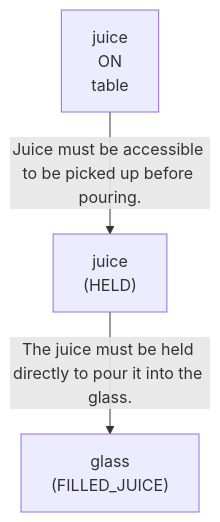
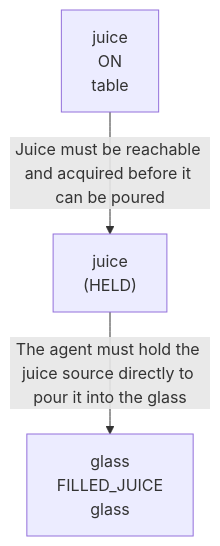
One commit to scuama/virtualhome changed the first of 4 diagrams in evaluation/results/table3/robostate/runs/without_intention/G4_20/run_T3_without_intention_G4_20.md. Above: the diagram before and after it, drawn with Mermaid. The commit also changed other lines of this file and 507 other files, not shown here.

````diff
--- a/evaluation/results/table3/robostate/runs/without_intention/G4_20/run_T3_without_intention_G4_20.md
+++ b/evaluation/results/table3/robostate/runs/without_intention/G4_20/run_T3_without_intention_G4_20.md
@@ -62,8 +60,8 @@
 ```mermaid
 graph TD
-    N1["juice<br>(HELD)"]
-    N2["juice<br>ON<br>table"]
-    N3["glass<br>(FILLED_JUICE)"]
-    N2 -->|"Juice must be accessible to be picked up before pouring."| N1
-    N1 -->|"The juice must be held directly to pour it into the glass."| N3
+    N1["juice<br>ON<br>table"]
+    N2["juice<br>(HELD)"]
+    N3["glass<br>FILLED_JUICE<br>glass"]
+    N1 -->|"Juice must be reachable and acquired before it can be poured"| N2
+    N2 -->|"The agent must hold the juice source directly to pour it into the glass"| N3
 ```
````
